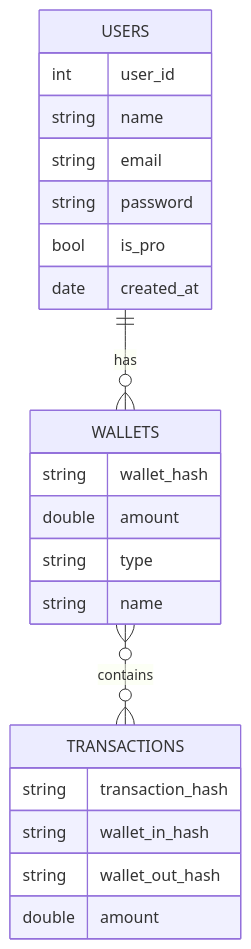
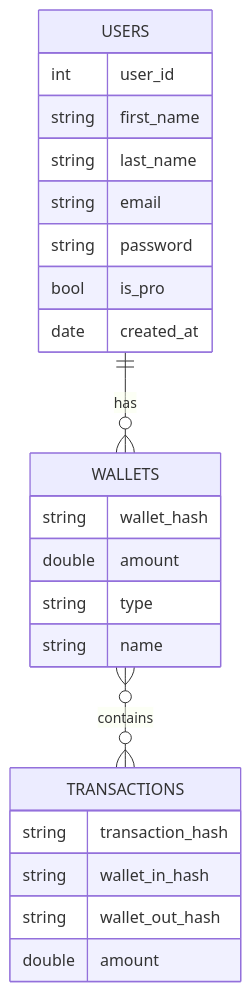
One commit to SOEN-490-Capstone/Cryptify changed the diagram in packages/diagrams/erd.md. Above: the diagram before and after it, drawn with Mermaid. The commit also changed 5 other files, not shown here.

Commit message:
Added test for signin, refactoring and ERD

````diff
--- a/packages/diagrams/erd.md
+++ b/packages/diagrams/erd.md
@@ -1,26 +1,27 @@
 ```mermaid
 erDiagram
     USERS ||--o{ WALLETS : has
     USERS {
         int user_id
-        string name
+        string first_name
+        string last_name
         string email
         string password
         bool is_pro
         date created_at
         
     }
     WALLETS }o--o{ TRANSACTIONS : contains
     WALLETS {
         string wallet_hash
         double amount
         string type
         string name
     }
     TRANSACTIONS {
         string transaction_hash
         string wallet_in_hash
         string wallet_out_hash
         double amount
     }
 ```
````
